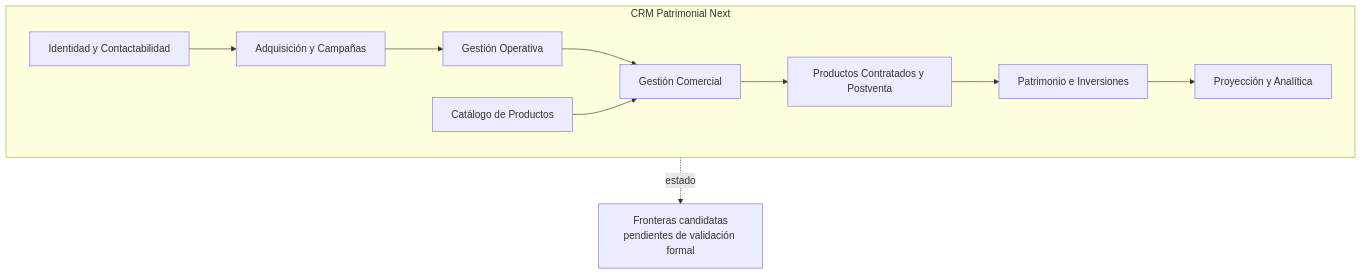
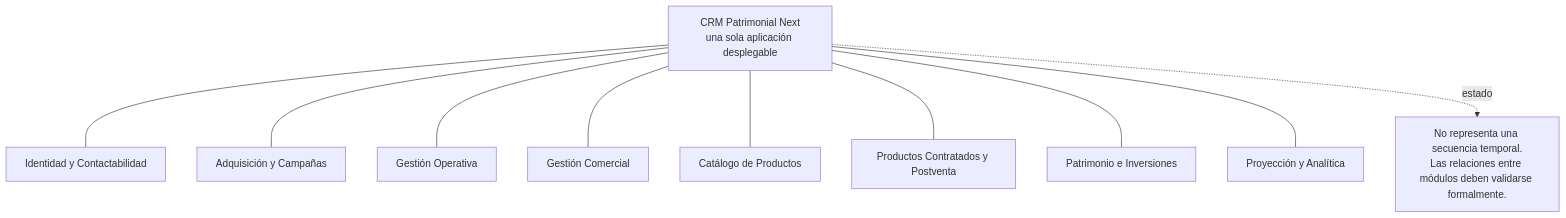
Before and after one commit to guilledpn/KNwS7F_2a2LZ7MS: the fourth of 6 diagrams in docs/architecture/diagrams/to-be-crm-patrimonial-next.md, drawn with Mermaid. The commit also changed other lines of this file, not shown here.

Commit message:
docs(architecture): clarify hexagonal layers and modular contexts

````diff
--- a/docs/architecture/diagrams/to-be-crm-patrimonial-next.md
+++ b/docs/architecture/diagrams/to-be-crm-patrimonial-next.md
@@ -47,24 +156,16 @@
 ```mermaid
 flowchart TB
-    subgraph PRODUCT["CRM Patrimonial Next"]
-        ID["Identidad y Contactabilidad"]
-        CAMPAIGNS["Adquisición y Campañas"]
-        OPS["Gestión Operativa"]
-        COMMERCIAL["Gestión Comercial"]
-        CATALOG["Catálogo de Productos"]
-        CONTRACTS["Productos Contratados y Postventa"]
-        INVESTMENTS["Patrimonio e Inversiones"]
-        ANALYTICS["Proyección y Analítica"]
-    end
+    PRODUCT["CRM Patrimonial Next\nuna sola aplicación desplegable"]
 
-    ID --> CAMPAIGNS
-    CAMPAIGNS --> OPS
-    OPS --> COMMERCIAL
-    CATALOG --> COMMERCIAL
-    COMMERCIAL --> CONTRACTS
-    CONTRACTS --> INVESTMENTS
-    INVESTMENTS --> ANALYTICS
+    PRODUCT --- ID["Identidad y Contactabilidad"]
+    PRODUCT --- CAMPAIGNS["Adquisición y Campañas"]
+    PRODUCT --- OPS["Gestión Operativa"]
+    PRODUCT --- COMMERCIAL["Gestión Comercial"]
+    PRODUCT --- CATALOG["Catálogo de Productos"]
+    PRODUCT --- CONTRACTS["Productos Contratados y Postventa"]
+    PRODUCT --- INVESTMENTS["Patrimonio e Inversiones"]
+    PRODUCT --- ANALYTICS["Proyección y Analítica"]
 
-    NOTE["Fronteras candidatas\npendientes de validación formal"]
+    NOTE["No representa una secuencia temporal.\nLas relaciones entre módulos deben validarse formalmente."]
     PRODUCT -. estado .-> NOTE
 ```
````
